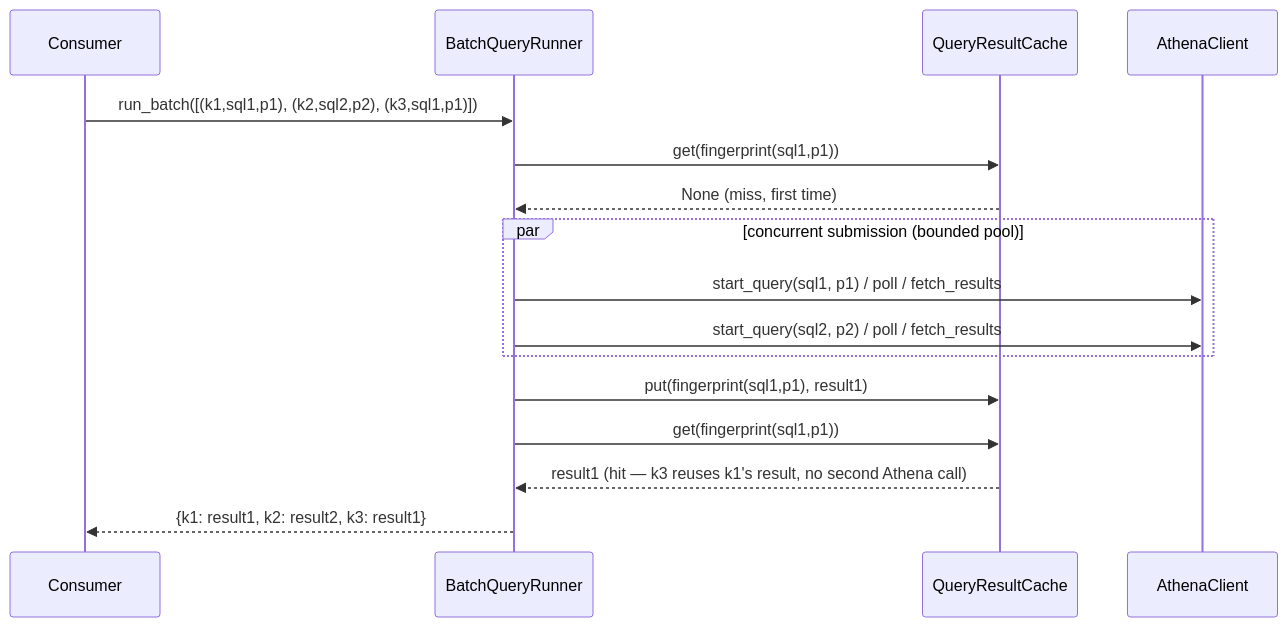
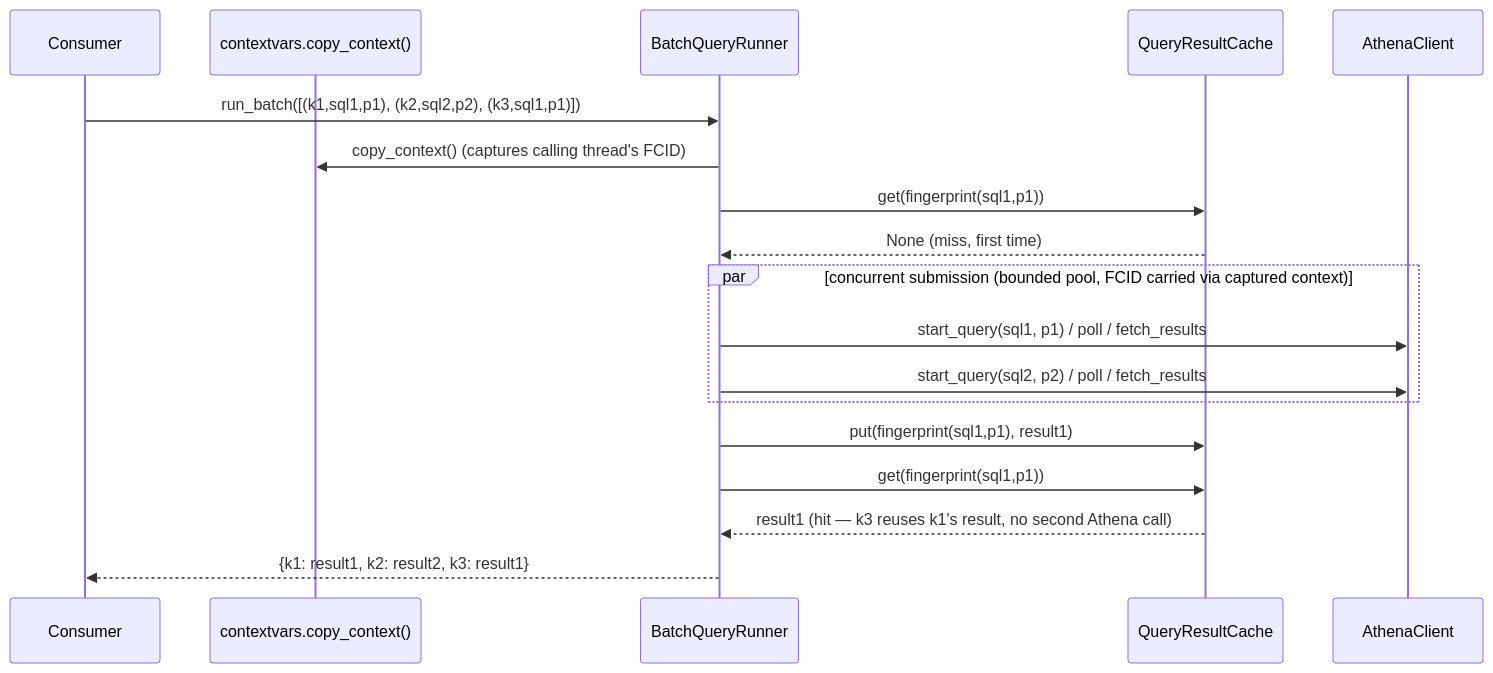
The fourth of 6 diagrams in docs/plan/src-lib-migration/athena-lib-integration/stories.md (abhadrasyna/ih-trace-lab), drawn with Mermaid before and after one commit. The commit also changed other lines of this file and 6 other files, not shown here.

````diff
--- a/docs/plan/src-lib-migration/athena-lib-integration/stories.md
+++ b/docs/plan/src-lib-migration/athena-lib-integration/stories.md
@@ -196,18 +255,20 @@
 ```mermaid
 sequenceDiagram
     participant Consumer
+    participant Ctx as contextvars.copy_context()
     participant Runner as BatchQueryRunner
     participant Cache as QueryResultCache
     participant Client as AthenaClient
     Consumer->>Runner: run_batch([(k1,sql1,p1), (k2,sql2,p2), (k3,sql1,p1)])
+    Runner->>Ctx: copy_context() (captures calling thread's FCID)
     Runner->>Cache: get(fingerprint(sql1,p1))
     Cache-->>Runner: None (miss, first time)
-    par concurrent submission (bounded pool)
+    par concurrent submission (bounded pool, FCID carried via captured context)
         Runner->>Client: start_query(sql1, p1) / poll / fetch_results
         Runner->>Client: start_query(sql2, p2) / poll / fetch_results
     end
     Runner->>Cache: put(fingerprint(sql1,p1), result1)
     Runner->>Cache: get(fingerprint(sql1,p1))
     Cache-->>Runner: result1 (hit — k3 reuses k1's result, no second Athena call)
     Runner-->>Consumer: {k1: result1, k2: result2, k3: result1}
 ```
````
